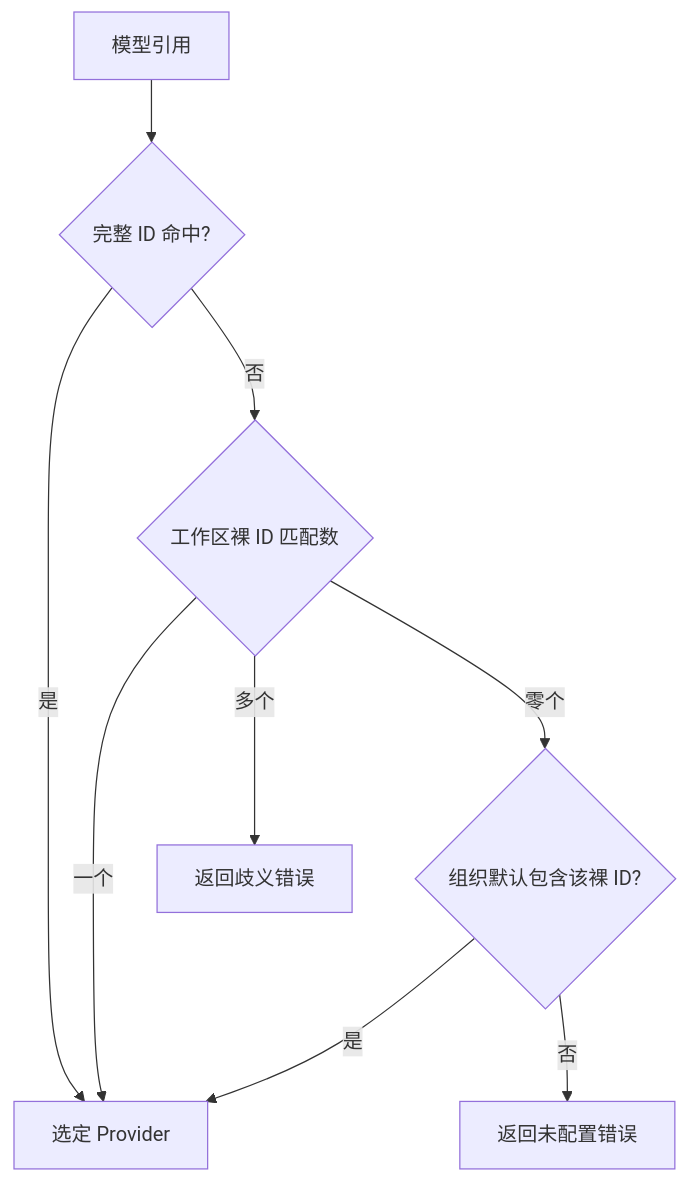
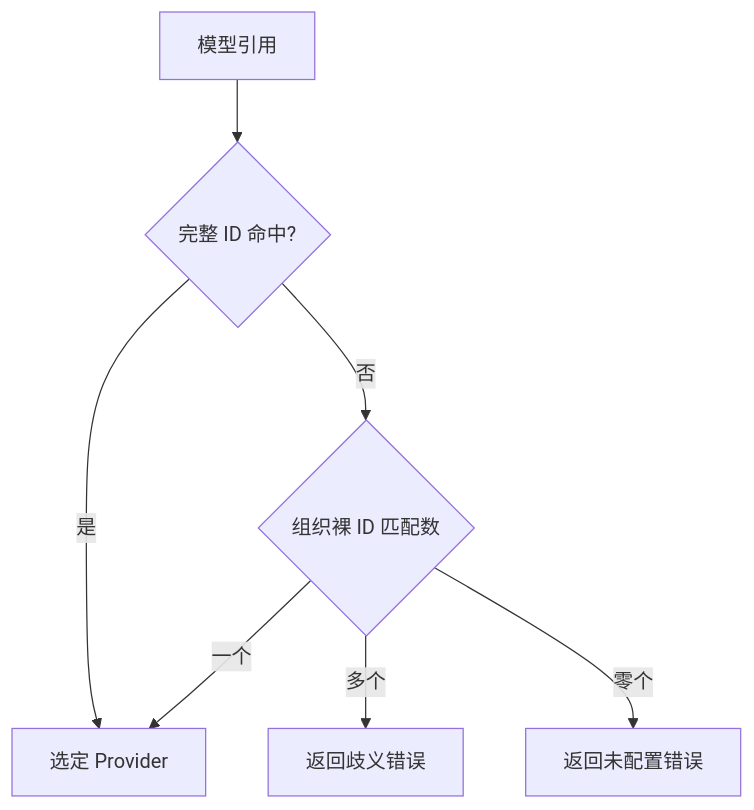
One commit to superduck-ai/open-managed-agents changed the third of 3 diagrams in docs/design/be/messages-proxy.md. Above: the diagram before and after it, drawn with Mermaid. The commit also changed other lines of this file and 84 other files, not shown here.

````diff
--- a/docs/design/be/messages-proxy.md
+++ b/docs/design/be/messages-proxy.md
@@ -301,11 +299,9 @@
 ```mermaid
 flowchart TD
   Input[模型引用] --> Qualified{完整 ID 命中?}
   Qualified -- 是 --> Provider[选定 Provider]
-  Qualified -- 否 --> Workspace{工作区裸 ID 匹配数}
-  Workspace -- 一个 --> Provider
-  Workspace -- 多个 --> Ambiguous[返回歧义错误]
-  Workspace -- 零个 --> Organization{组织默认包含该裸 ID?}
-  Organization -- 是 --> Provider
-  Organization -- 否 --> Missing[返回未配置错误]
+  Qualified -- 否 --> Organization{组织裸 ID 匹配数}
+  Organization -- 一个 --> Provider
+  Organization -- 多个 --> Ambiguous[返回歧义错误]
+  Organization -- 零个 --> Missing[返回未配置错误]
 ```
````
